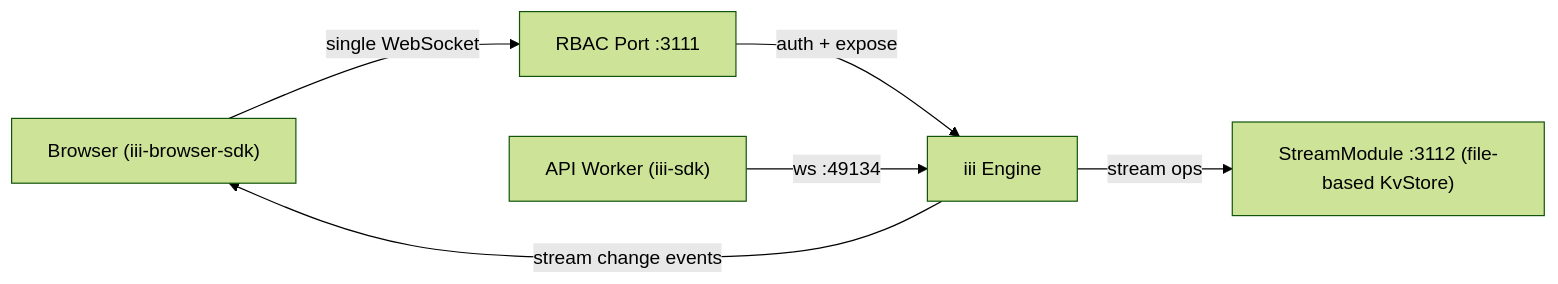
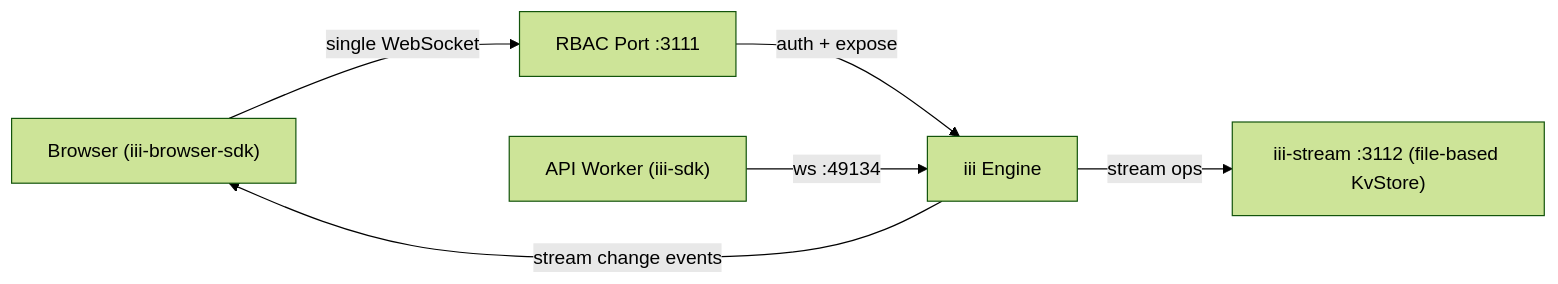
One commit to iii-hq/iii changed the diagram in docs/examples/todo-app.mdx. Above: the diagram before and after it, drawn with Mermaid (forest theme). The commit also changed other lines of this file and 17 other files, not shown here.

````diff
--- a/docs/examples/todo-app.mdx
+++ b/docs/examples/todo-app.mdx
@@ -12,8 +12,8 @@
 ```mermaid
 graph LR
     Browser["Browser (iii-browser-sdk)"] -->|"single WebSocket"| RBAC["RBAC Port :3111"]
     RBAC -->|"auth + expose"| Engine["iii Engine"]
     APIWorker["API Worker (iii-sdk)"] -->|"ws :49134"| Engine
-    Engine -->|"stream ops"| Stream["StreamModule :3112 (file-based KvStore)"]
+    Engine -->|"stream ops"| Stream["iii-stream :3112 (file-based KvStore)"]
     Engine -->|"stream change events"| Browser
 ```
````
